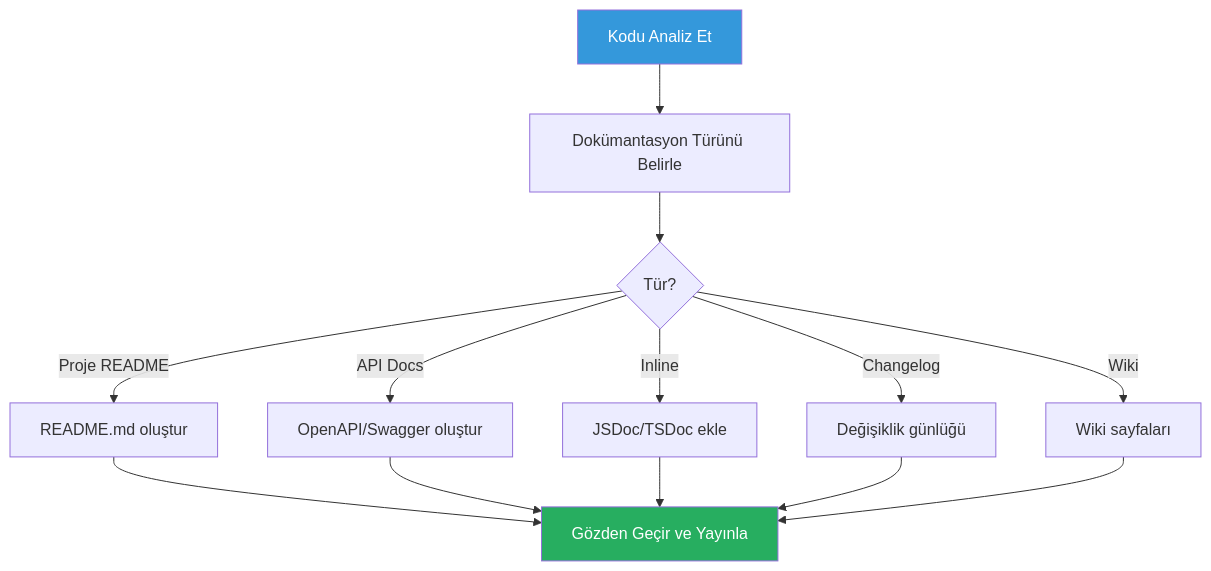
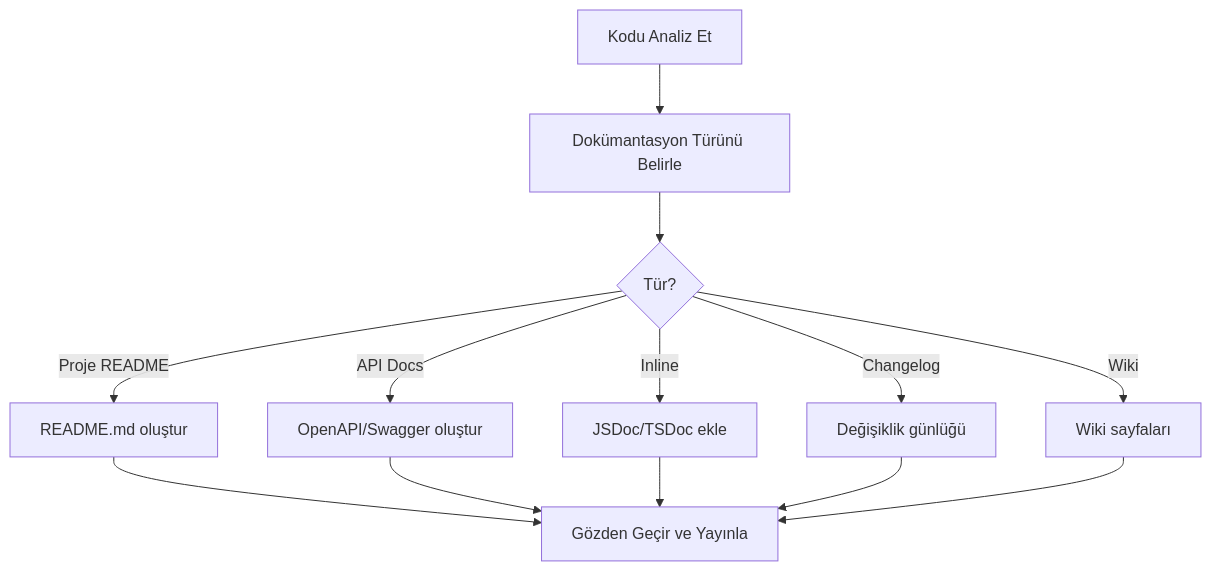
The diagram in 20-pratik-senaryolar/05-dokumantasyon-olusturma.md (IzzetYasinAtes/ClaudeCodeHandbook), drawn with Mermaid before and after one commit. The commit also changed 97 other files, not shown here.

Commit message:
Remove all custom Mermaid style/fill colors from 98 markdown files for consistent dark theme rendering

````diff
--- a/20-pratik-senaryolar/05-dokumantasyon-olusturma.md
+++ b/20-pratik-senaryolar/05-dokumantasyon-olusturma.md
@@ -16,18 +16,15 @@
 ```mermaid
 flowchart TD
     A["Kodu Analiz Et"] --> B["Dokümantasyon Türünü Belirle"]
     B --> C{"Tür?"}
     C -->|Proje README| D["README.md oluştur"]
     C -->|API Docs| E["OpenAPI/Swagger oluştur"]
     C -->|Inline| F["JSDoc/TSDoc ekle"]
     C -->|Changelog| G["Değişiklik günlüğü"]
     C -->|Wiki| H["Wiki sayfaları"]
     D --> I["Gözden Geçir ve Yayınla"]
     E --> I
     F --> I
     G --> I
     H --> I
-
-    style A fill:#3498DB,color:#fff
-    style I fill:#27AE60,color:#fff
 ```
````
